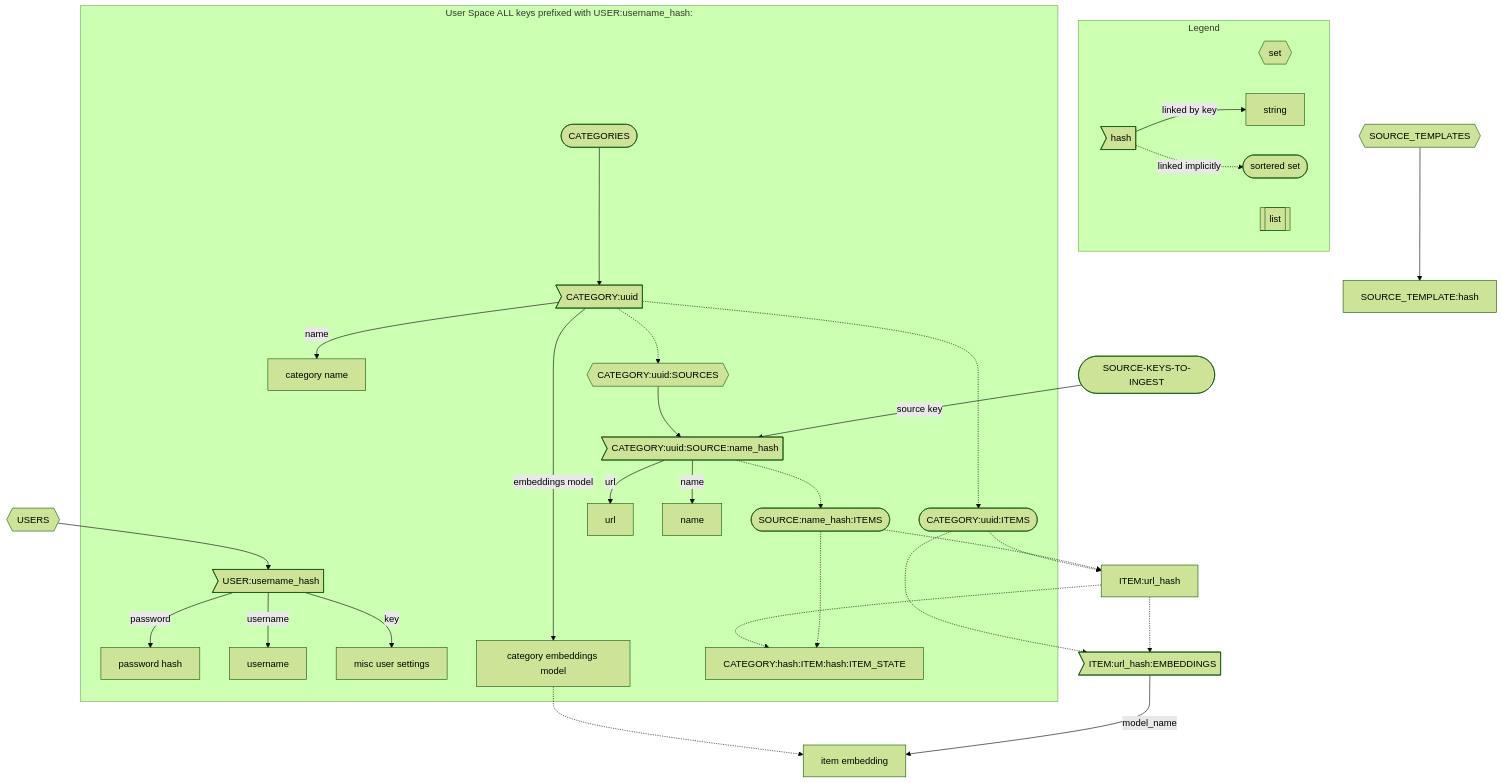
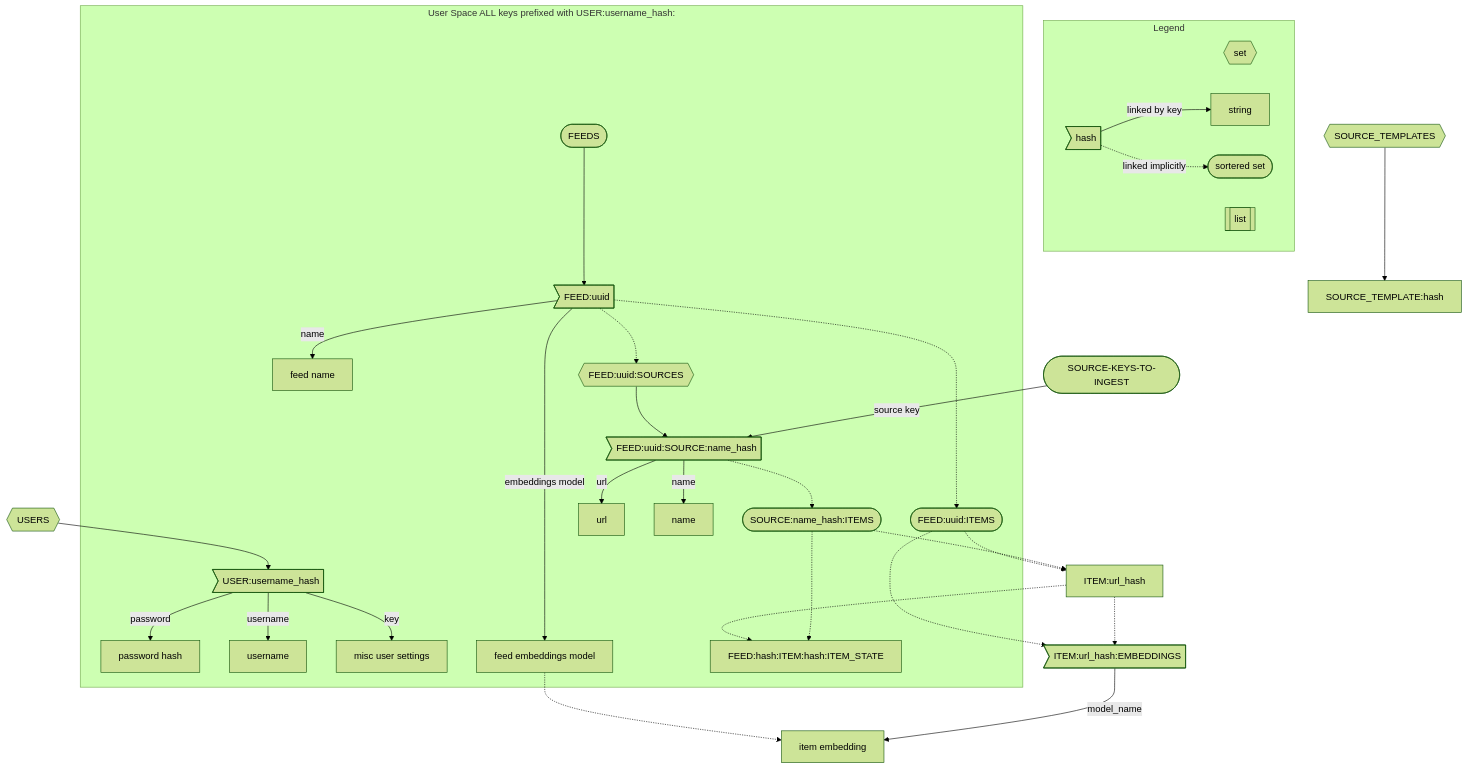
The diagram in README.md (mullinmax/aggy), drawn with Mermaid (forest theme) before and after one commit. The commit also changed 32 other files, not shown here.

Commit message:
category -> feed (#70)

````diff
--- a/README.md
+++ b/README.md
@@ -73,62 +73,62 @@
 ```mermaid
 flowchart TB
     subgraph Legend
         direction LR
         set{{set}}
         sorted_set([sortered set])
         string[string]
         hash>hash]
         list[[list]]
         hash --linked by key-->string
         hash -.linked implicitly.-> sorted_set
     end
 
     sources_to_ingest([SOURCE-KEYS-TO-INGEST]) --source key--> source
 
     subgraph User Space ALL keys prefixed with USER:username_hash:
         user>USER:username_hash]
         user--password--> password_hash[password hash]
         user--username--> username[username]
         user--key-->misc_user_settings[misc user settings]
 
-        categories([CATEGORIES])
-        category>CATEGORY:uuid]
-        category_embeddings_model[category embeddings model]
-        category_name[category name]
-        category_sources{{CATEGORY:uuid:SOURCES}}
-        category_items([CATEGORY:uuid:ITEMS])
-        source>CATEGORY:uuid:SOURCE:name_hash]
+        feeds([FEEDS])
+        feed>FEED:uuid]
+        feed_embeddings_model[feed embeddings model]
+        feed_name[feed name]
+        feed_sources{{FEED:uuid:SOURCES}}
+        feed_items([FEED:uuid:ITEMS])
+        source>FEED:uuid:SOURCE:name_hash]
         source_url[url]
         source_name[name]
         items([SOURCE:name_hash:ITEMS])
 
 
-        categories --> category
+        feeds --> feed
 
-        category --embeddings model--> category_embeddings_model
-        category --name--> category_name
-        category -.-> category_items
-        category -.-> category_sources
-        category_sources --> source
+        feed --embeddings model--> feed_embeddings_model
+        feed --name--> feed_name
+        feed -.-> feed_items
+        feed -.-> feed_sources
+        feed_sources --> source
         source --url--> source_url
         source --name--> source_name
         source -.-> items
 
-        items -.-> item_state[CATEGORY:hash:ITEM:hash:ITEM_STATE]
+        items -.-> item_state[FEED:hash:ITEM:hash:ITEM_STATE]
 
     end
 
     item[ITEM:url_hash]
     item_embeddings>ITEM:url_hash:EMBEDDINGS]
     item_embedding[item embedding]
 
     items-.->item
     item -.-> item_state
-    category_items -.-> item
-    category_items -.-> item_embeddings
+    feed_items -.-> item
+    feed_items -.-> item_embeddings
     item_embeddings --model_name--> item_embedding
     item -.-> item_embeddings
-    category_embeddings_model -.-> item_embedding
+    feed_embeddings_model -.-> item_embedding
     users{{USERS}} --> user
     source_templates{{SOURCE_TEMPLATES}} --> source_template[SOURCE_TEMPLATE:hash]
 ```
````
